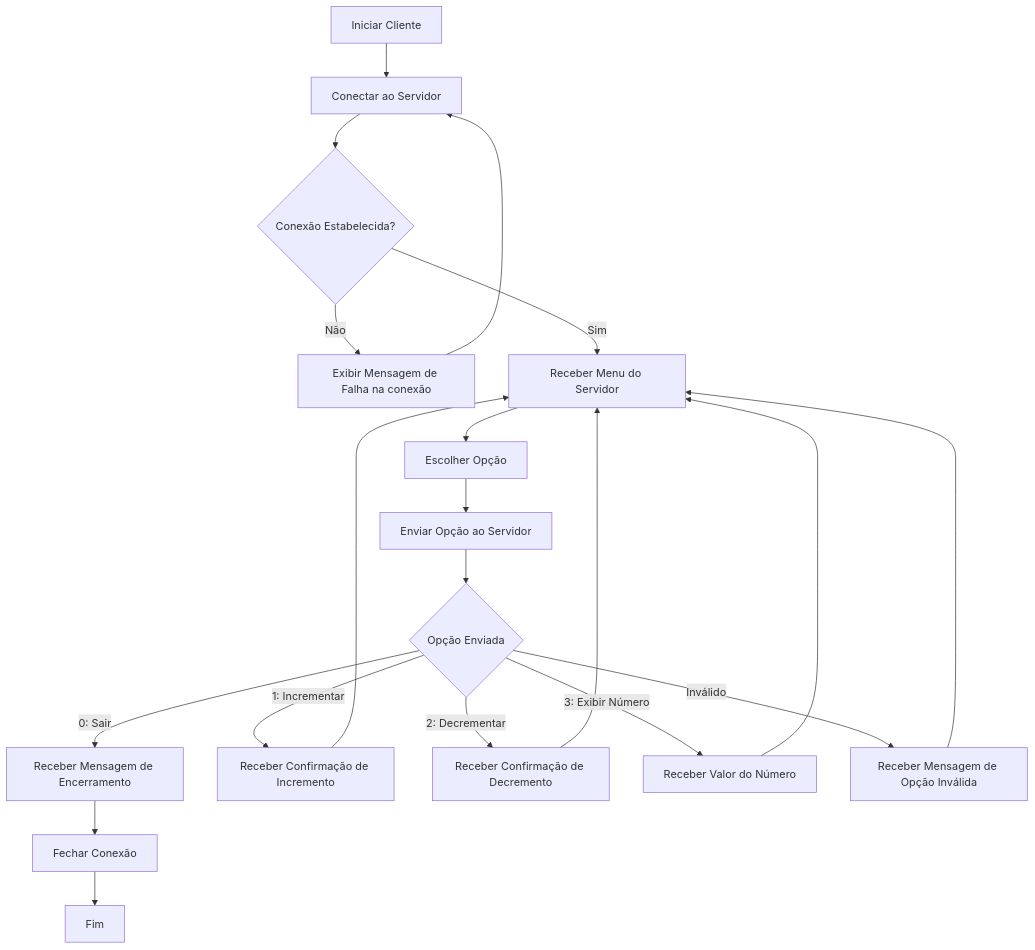
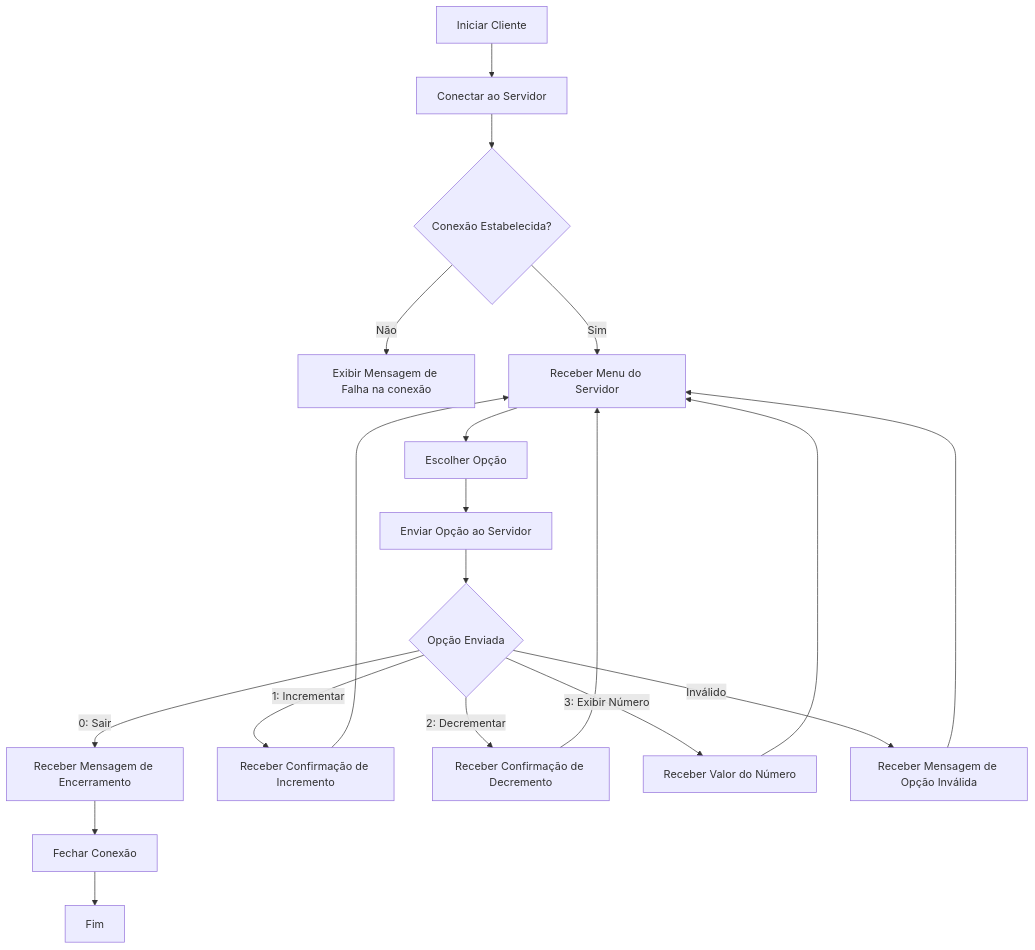
The diagram in README.md (Hoffmann365/avaliacao_redes), drawn with Mermaid before and after one commit.

````diff
--- a/README.md
+++ b/README.md
@@ -1,22 +1,21 @@
 ```mermaid
 flowchart TD
     A["Iniciar Cliente"] --> B["Conectar ao Servidor"]
     B --> C{"Conexão Estabelecida?"}
     C -- Não --> D["Exibir Mensagem de Falha na conexão"]
     C -- Sim --> E["Receber Menu do Servidor"]
     E --> F["Escolher Opção"]
     F --> G["Enviar Opção ao Servidor"]
     G --> H{"Opção Enviada"}
     H -- 0: Sair --> I["Receber Mensagem de Encerramento"]
     H -- 1: Incrementar --> J["Receber Confirmação de Incremento"]
     H -- 2: Decrementar --> K["Receber Confirmação de Decremento"]
     H -- 3: Exibir Número --> L["Receber Valor do Número"]
     H -- Inválido --> M["Receber Mensagem de Opção Inválida"]
     I --> N["Fechar Conexão"]
     J --> E
     K --> E
     L --> E
     M --> E
     N --> O["Fim"]
-    D --> B
 ```
````
